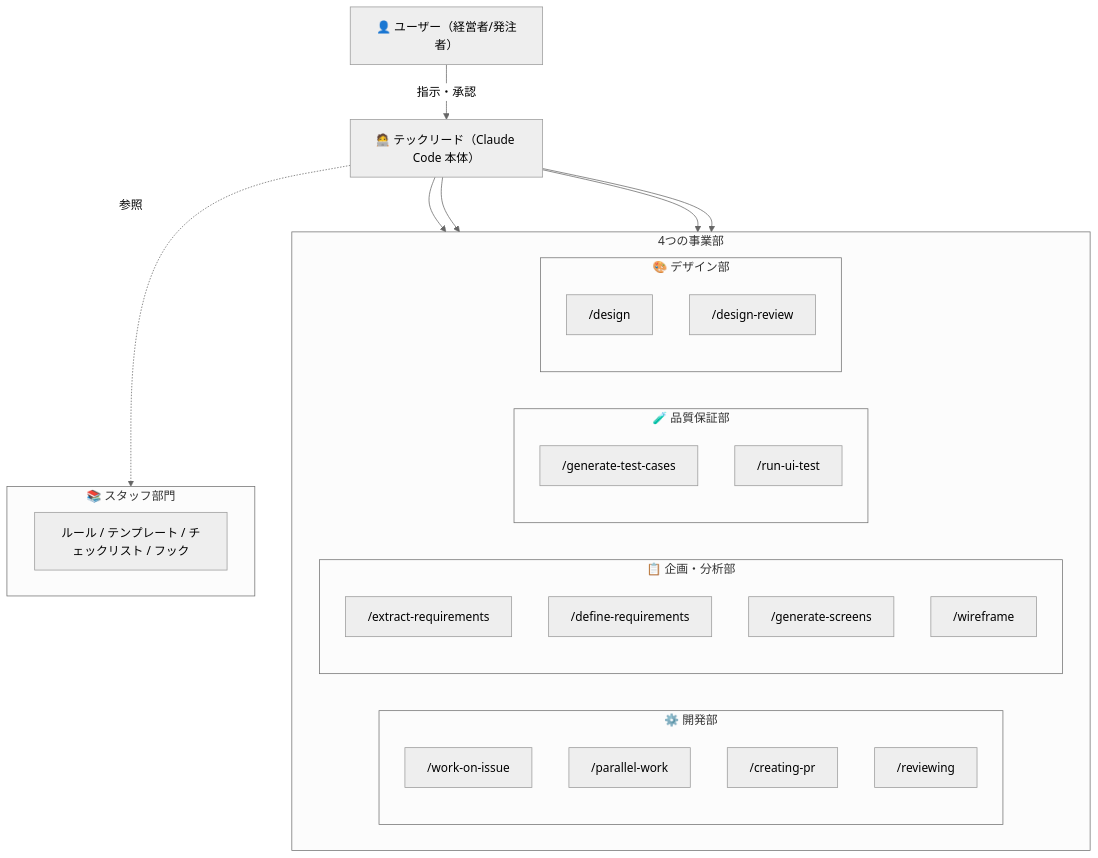
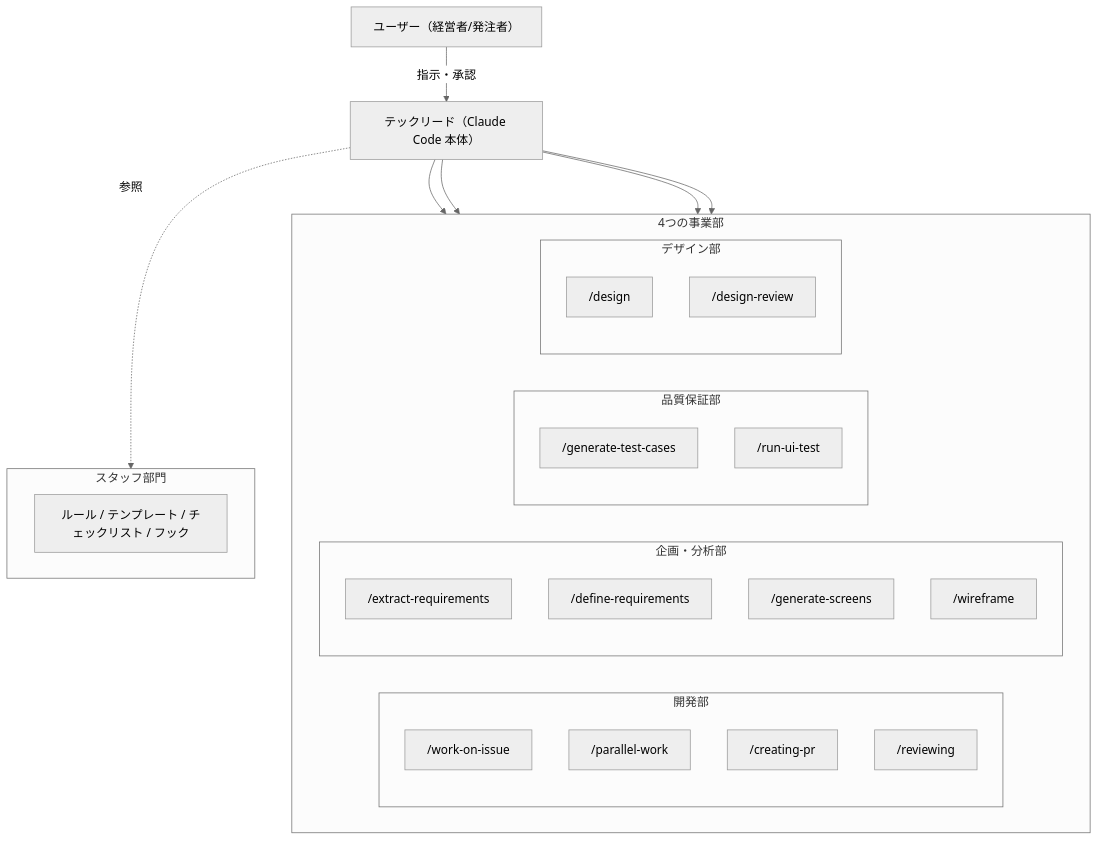
Before and after one commit to RyotaSakai-X1/ai-concierge: the first of 2 diagrams in README.md, drawn with Mermaid (neutral theme). The commit also changed other lines of this file, not shown here.

````diff
--- a/README.md
+++ b/README.md
@@ -177,46 +70,46 @@
 ```mermaid
 graph TD
-    User["👤 ユーザー（経営者/発注者）"]
-    TL["🧑‍💻 テックリード（Claude Code 本体）"]
+    User["ユーザー（経営者/発注者）"]
+    TL["テックリード（Claude Code 本体）"]
 
     User -->|指示・承認| TL
 
     subgraph "4つの事業部"
         direction LR
 
-        subgraph Coding["⚙️ 開発部"]
+        subgraph Coding["開発部"]
             C1["/work-on-issue"]
             C2["/parallel-work"]
             C3["/creating-pr"]
             C4["/reviewing"]
         end
 
-        subgraph Analysis["📋 企画・分析部"]
+        subgraph Analysis["企画・分析部"]
             A1["/extract-requirements"]
             A2["/define-requirements"]
             A3["/generate-screens"]
             A4["/wireframe"]
         end
 
-        subgraph QA["🧪 品質保証部"]
+        subgraph QA["品質保証部"]
             Q1["/generate-test-cases"]
             Q2["/run-ui-test"]
         end
 
-        subgraph Design["🎨 デザイン部"]
+        subgraph Design["デザイン部"]
             D1["/design"]
             D2["/design-review"]
         end
     end
 
     TL --> Coding
     TL --> Analysis
     TL --> QA
     TL --> Design
 
-    subgraph Support["📚 スタッフ部門"]
+    subgraph Support["スタッフ部門"]
         S1["ルール / テンプレート / チェックリスト / フック"]
     end
 
     TL -.->|参照| Support
 ```
````
